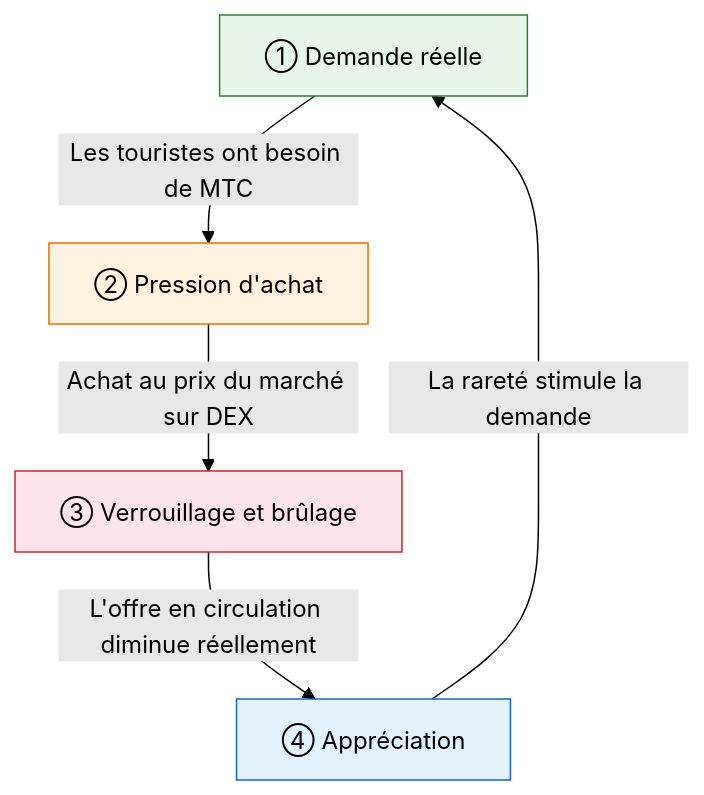
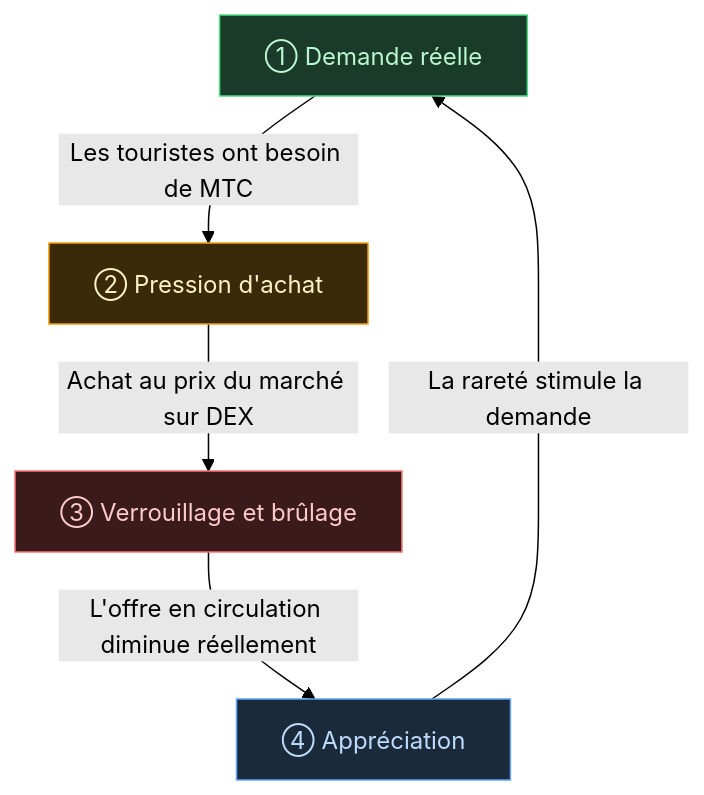
The first of 2 diagrams in i18n/fr/docusaurus-plugin-content-docs/current/02-vision.md (Cootakahashi/matsuri-dao-whitepaper), drawn with Mermaid (forest theme) before and after one commit. The commit also changed 102 other files, not shown here.

````diff
--- a/i18n/fr/docusaurus-plugin-content-docs/current/02-vision.md
+++ b/i18n/fr/docusaurus-plugin-content-docs/current/02-vision.md
@@ -42,12 +42,12 @@
 ```mermaid
 graph TD
-    A["① Demande réelle"] -->|Les touristes ont besoin de MTC| B["② Pression d'achat"]
-    B -->|Achat au prix du marché sur DEX| C["③ Verrouillage et brûlage"]
-    C -->|L'offre en circulation diminue réellement| D["④ Appréciation"]
+    A["① Demande réelle"]:::step1 -->|Les touristes ont besoin de MTC| B["② Pression d'achat"]:::step2
+    B -->|Achat au prix du marché sur DEX| C["③ Verrouillage et brûlage"]:::step3
+    C -->|L'offre en circulation diminue réellement| D["④ Appréciation"]:::step4
     D -->|La rareté stimule la demande| A
 
-    style A fill:#e8f5e9,stroke:#2e7d32
-    style B fill:#fff3e0,stroke:#ef6c00
-    style C fill:#fce4ec,stroke:#c62828
-    style D fill:#e3f2fd,stroke:#1565c0
+    classDef step1 fill:#1a3a2a,stroke:#4ade80,color:#bbf7d0
+    classDef step2 fill:#3a2a0a,stroke:#f59e0b,color:#fef3c7
+    classDef step3 fill:#3a1a1a,stroke:#f87171,color:#fecaca
+    classDef step4 fill:#1a2a3a,stroke:#60a5fa,color:#bfdbfe
 ```
````
